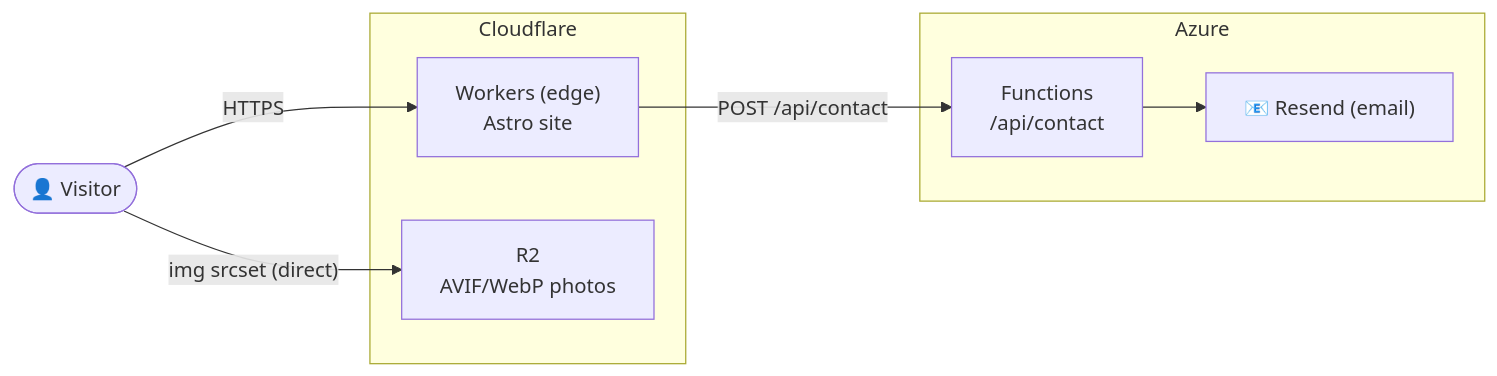
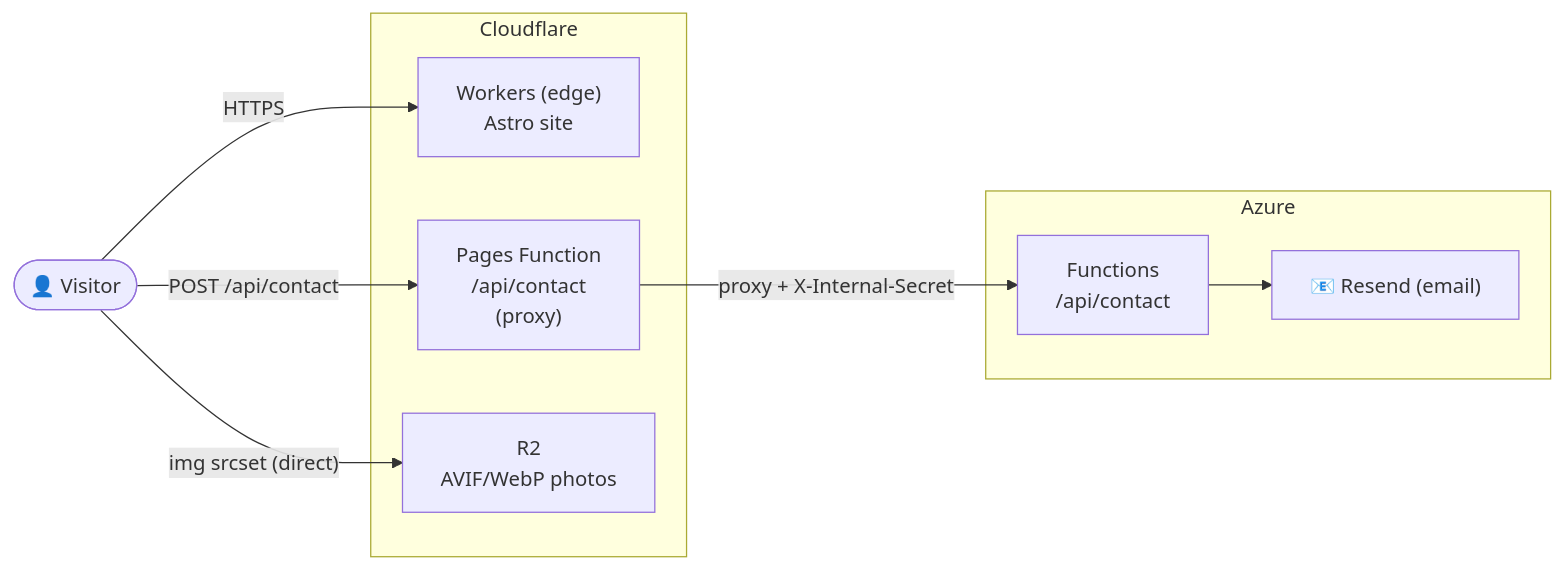
Before and after one commit to stevenjhu/PersonalWebsite: the diagram in README.md, drawn with Mermaid. The commit also changed other lines of this file and 7 other files, not shown here.

````diff
--- a/README.md
+++ b/README.md
@@ -43,19 +43,21 @@
 ```mermaid
 flowchart LR
     Visitor(["👤 Visitor"])
 
     subgraph CF["Cloudflare"]
         Worker["Workers (edge)\nAstro site"]
+        PagesFunc["Pages Function\n/api/contact\n(proxy)"]
         R2["R2\nAVIF/WebP photos"]
     end
 
     subgraph AZ["Azure"]
         Func["Functions\n/api/contact"]
         Email["📧 Resend (email)"]
     end
 
     Visitor -- HTTPS --> Worker
+    Visitor -- "POST /api/contact" --> PagesFunc
     Visitor -- "img srcset (direct)" --> R2
-    Worker -- "POST /api/contact" --> Func
+    PagesFunc -- "proxy + X-Internal-Secret" --> Func
     Func --> Email
 ```
````
